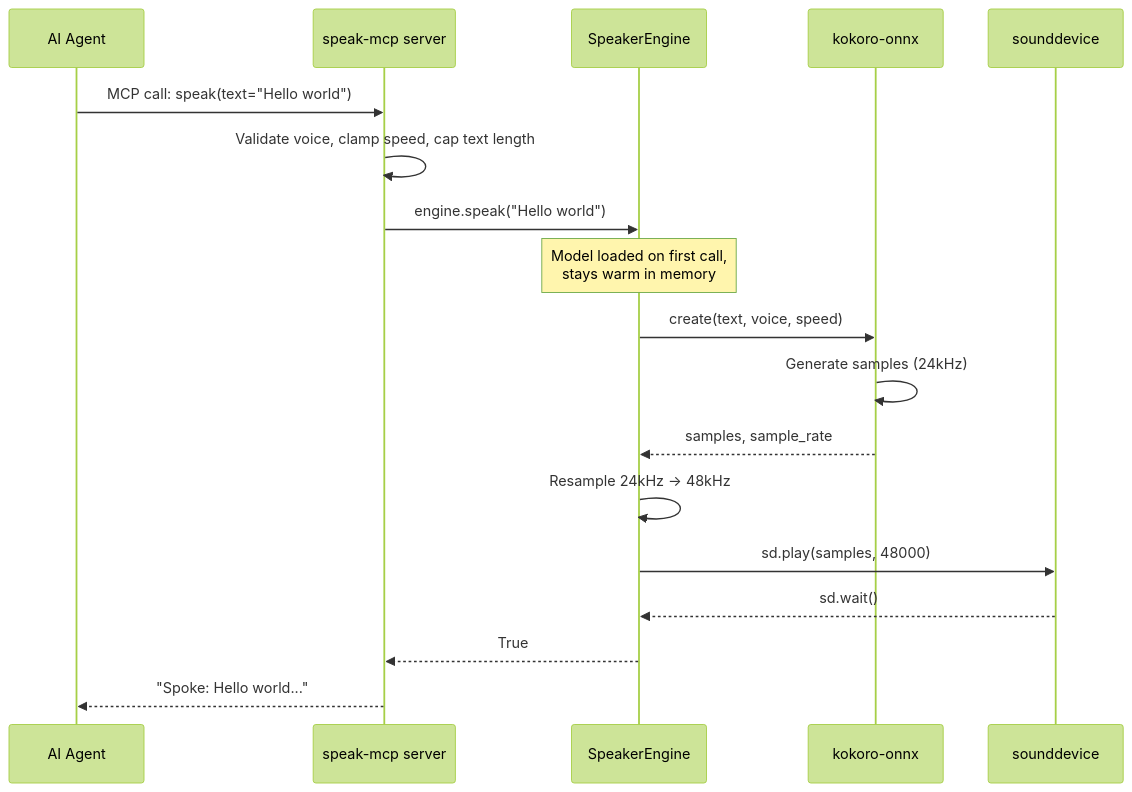
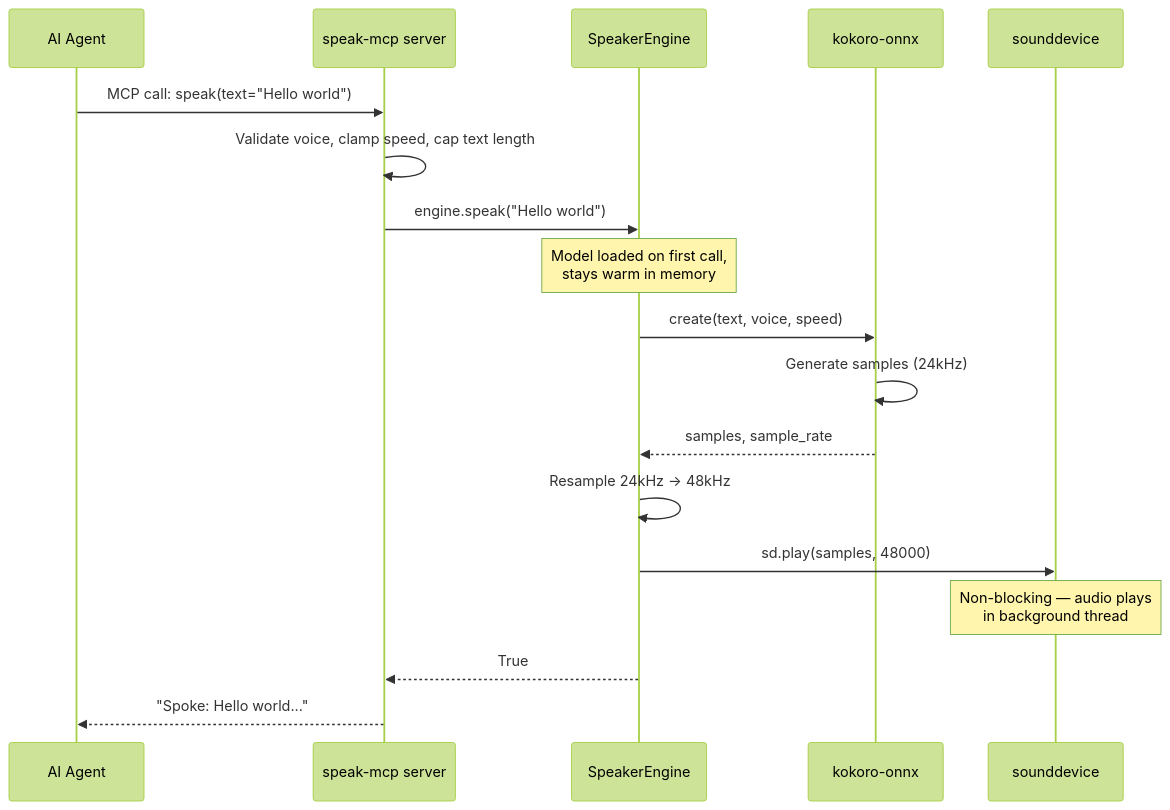
One commit to NetDevAutomate/Agent-Speaker changed the second of 2 diagrams in docs/codemap.md. Above: the diagram before and after it, drawn with Mermaid (forest theme). The commit also changed other lines of this file and 10 other files, not shown here.

First line of the commit message:
fix: non-blocking playback, SHA-256 model checksums, security hardening

````diff
--- a/docs/codemap.md
+++ b/docs/codemap.md
@@ -45,21 +45,21 @@
 ```mermaid
 sequenceDiagram
     participant Agent as AI Agent
     participant MCP as speak-mcp server
     participant Engine as SpeakerEngine
     participant Kokoro as kokoro-onnx
     participant Audio as sounddevice
 
     Agent->>MCP: MCP call: speak(text="Hello world")
     MCP->>MCP: Validate voice, clamp speed, cap text length
     MCP->>Engine: engine.speak("Hello world")
     Note over Engine: Model loaded on first call,<br/>stays warm in memory
     Engine->>Kokoro: create(text, voice, speed)
     Kokoro->>Kokoro: Generate samples (24kHz)
     Kokoro-->>Engine: samples, sample_rate
     Engine->>Engine: Resample 24kHz -> 48kHz
     Engine->>Audio: sd.play(samples, 48000)
-    Audio-->>Engine: sd.wait()
+    Note over Audio: Non-blocking — audio plays<br/>in background thread
     Engine-->>MCP: True
     MCP-->>Agent: "Spoke: Hello world..."
 ```
````
